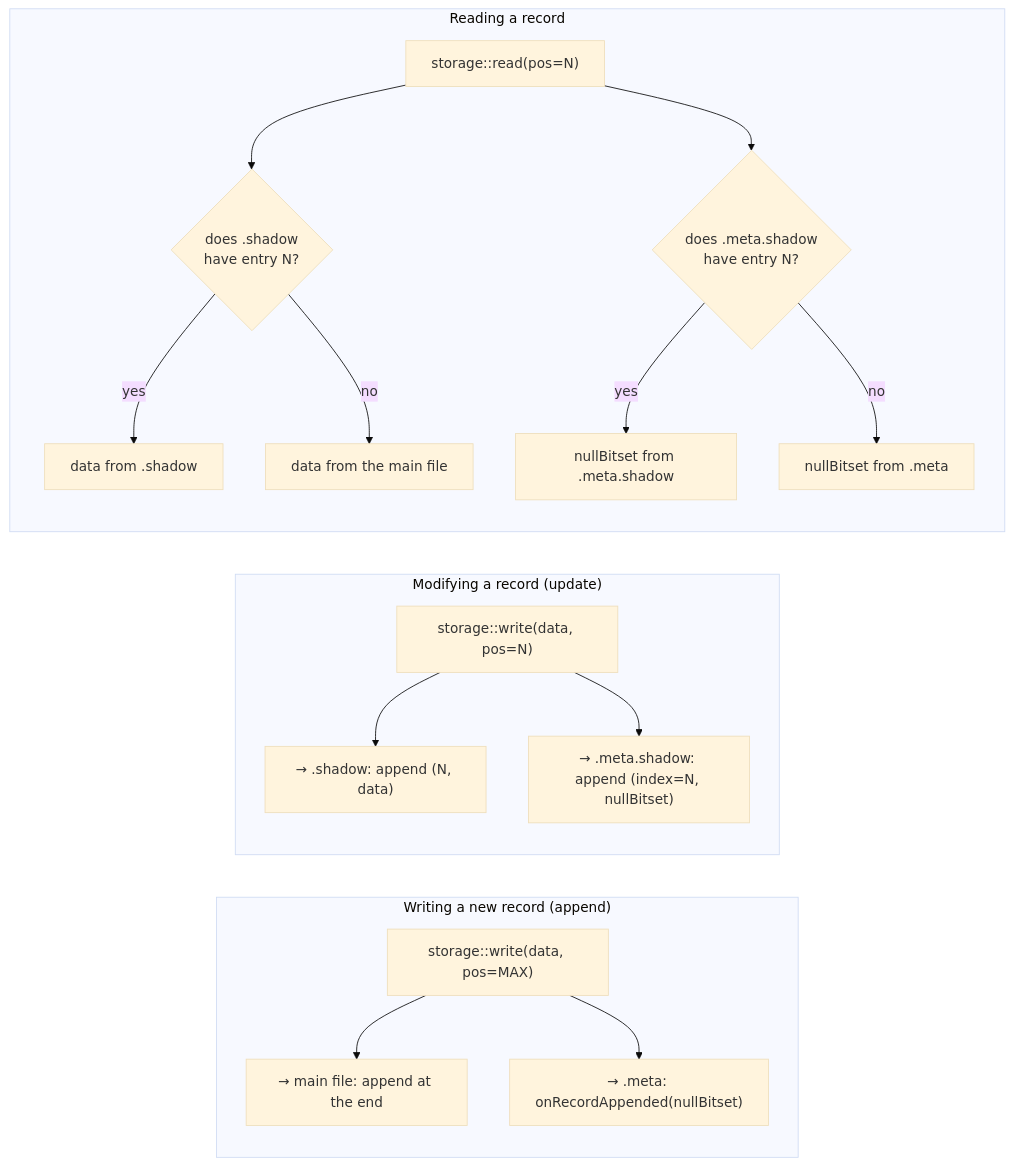
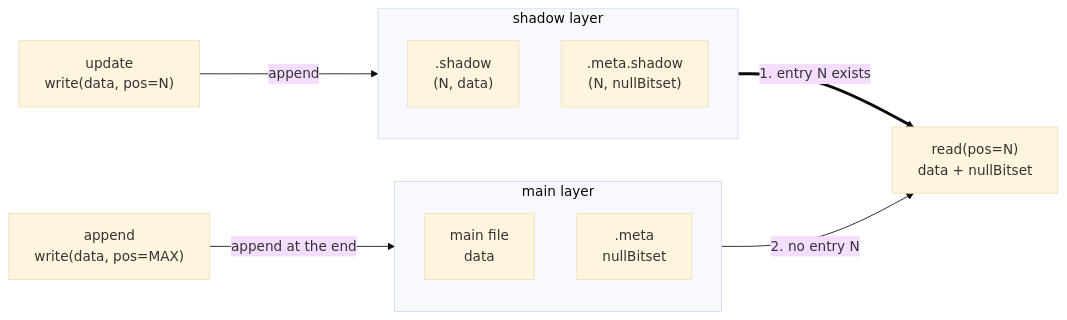
The ninth of 9 diagrams in data-processing-system-architecture/data-storage-format/files.md (michalwidera/documentation-rdb), drawn with Mermaid (base theme) before and after one commit.

Commit message:
Data flow diagram - 24 - fix

````diff
--- a/data-processing-system-architecture/data-storage-format/files.md
+++ b/data-processing-system-architecture/data-storage-format/files.md
@@ -699,35 +699,21 @@
 ```mermaid
 %% pdf-width: 100%
 graph LR
-    subgraph "Writing a new record (append)"
-        A1["storage::write(data, pos=MAX)"]
-        A2["→ main file: append at the end"]
-        A3["→ .meta: onRecordAppended(nullBitset)"]
-        A1 --> A2
-        A1 --> A3
+    UP["update<br/>write(data, pos=N)"] -->|append| SHD
+    AP["append<br/>write(data, pos=MAX)"] -->|append at the end| MAIN
+
+    subgraph SHD["shadow layer"]
+        direction TB
+        S[".shadow<br/>(N, data)"]
+        MS[".meta.shadow<br/>(N, nullBitset)"]
     end
 
-    subgraph "Modifying a record (update)"
-        U1["storage::write(data, pos=N)"]
-        U2["→ .shadow: append (N, data)"]
-        U3["→ .meta.shadow: append (index=N, nullBitset)"]
-        U1 --> U2
-        U1 --> U3
+    subgraph MAIN["main layer"]
+        direction TB
+        D["main file<br/>data"]
+        M[".meta<br/>nullBitset"]
     end
 
-    subgraph "Reading a record"
-        R1["storage::read(pos=N)"]
-        R2{"does .shadow\nhave entry N?"}
-        R3["data from .shadow"]
-        R4["data from the main file"]
-        R5{"does .meta.shadow\nhave entry N?"}
-        R6["nullBitset from .meta.shadow"]
-        R7["nullBitset from .meta"]
-        R1 --> R2
-        R2 -->|yes| R3
-        R2 -->|no| R4
-        R1 --> R5
-        R5 -->|yes| R6
-        R5 -->|no| R7
-    end
+    SHD ==>|"1. entry N exists"| RD["read(pos=N)<br/>data + nullBitset"]
+    MAIN -->|"2. no entry N"| RD
 ```
````
